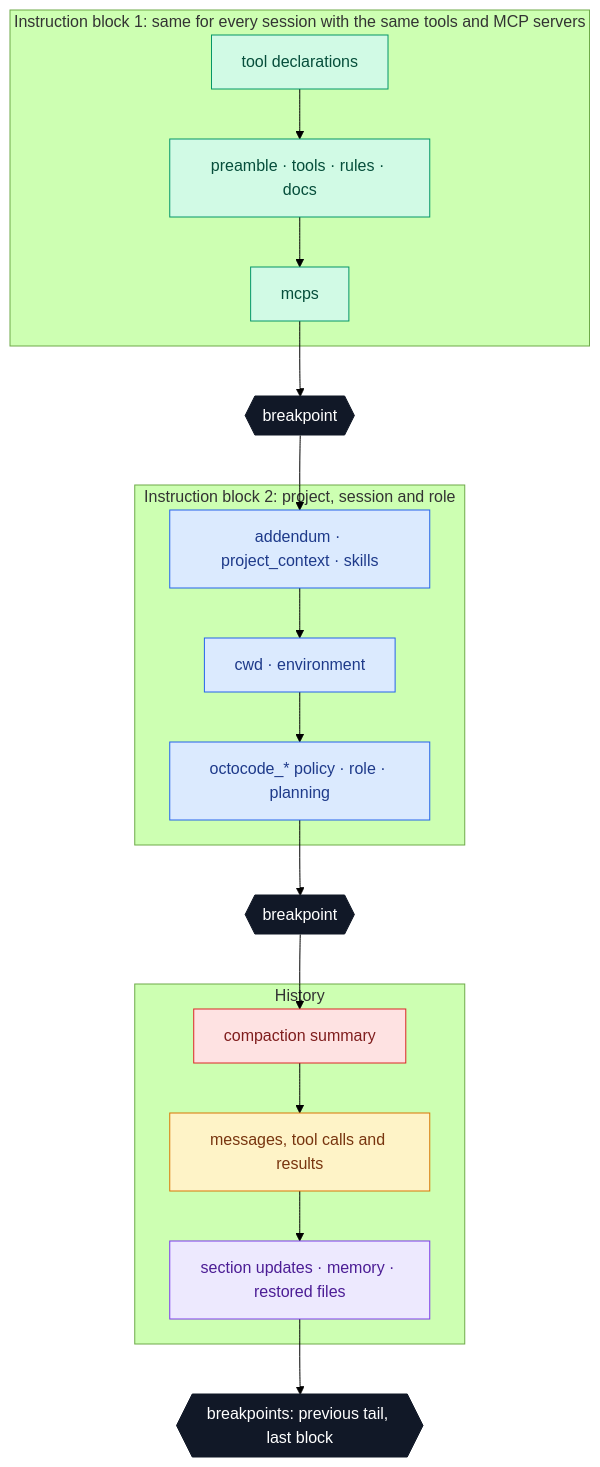
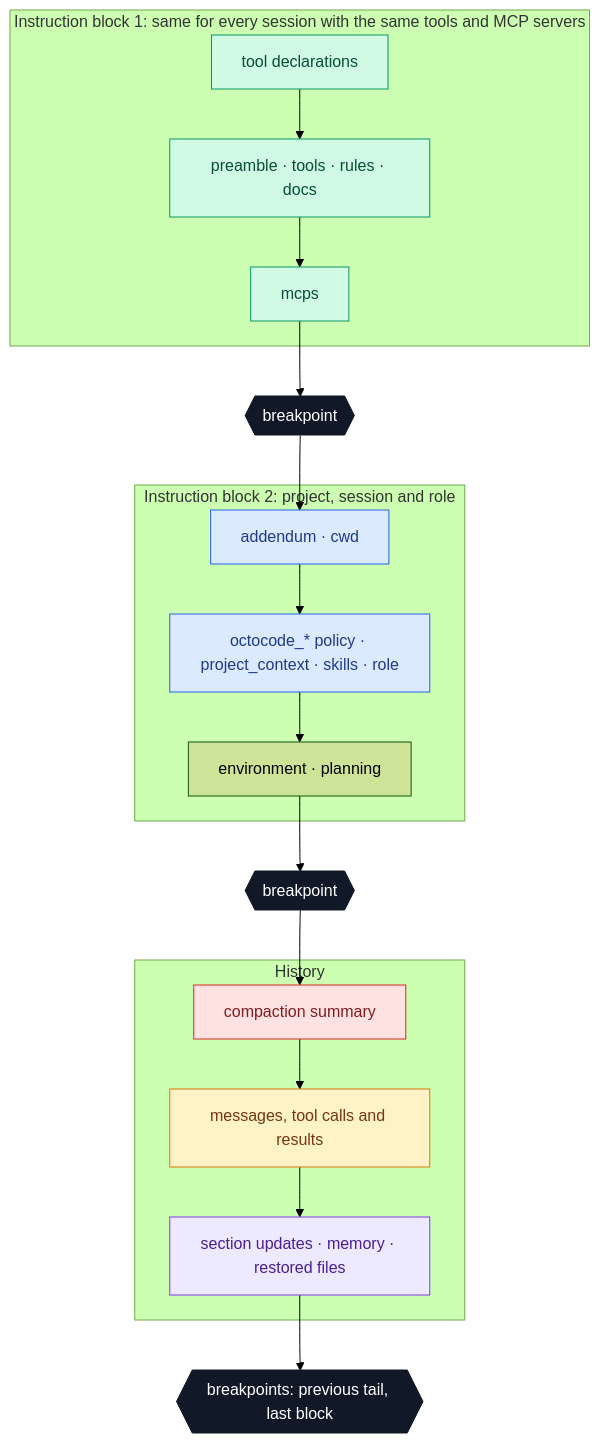
Before and after one commit to bgauryy/octocode-coding-agent: the first of 7 diagrams in docs/CONTEXT.md, drawn with Mermaid (forest theme). The commit also changed other lines of this file and 1261 other files, not shown here.

````diff
--- a/docs/CONTEXT.md
+++ b/docs/CONTEXT.md
@@ -11,28 +11,28 @@
 ```mermaid
 flowchart TB
     subgraph L1["Instruction block 1: same for every session with the same tools and MCP servers"]
         T["tool declarations"] --> P["preamble · tools · rules · docs"] --> M["mcps"]
     end
     subgraph L2["Instruction block 2: project, session and role"]
-        A["addendum · project_context · skills"] --> CW["cwd · environment"] --> POL["octocode_* policy · role · planning"]
+        A["addendum · cwd"] --> POL["octocode_* policy · project_context · skills · role"] --> EV["environment · planning"]
     end
     subgraph L3["History"]
         CS["compaction summary"] --> H["messages, tool calls and results"] --> U["section updates · memory · restored files"]
     end
     M --> BP1{{"breakpoint"}} --> A
-    POL --> BP2{{"breakpoint"}} --> CS
+    EV --> BP2{{"breakpoint"}} --> CS
     U --> BP3{{"breakpoints: previous tail, last block"}}
 
     classDef b1 fill:#d1fae5,stroke:#059669,color:#064e3b
     classDef b2 fill:#dbeafe,stroke:#2563eb,color:#1e3a8a
     classDef hist fill:#fef3c7,stroke:#d97706,color:#78350f
     classDef upd fill:#ede9fe,stroke:#7c3aed,color:#4c1d95
     classDef cut fill:#fee2e2,stroke:#dc2626,color:#7f1d1d
     classDef bp fill:#111827,stroke:#111827,color:#ffffff
     class T,P,M b1
     class A,CW,POL b2
     class H hist
     class U upd
     class CS cut
     class BP1,BP2,BP3 bp
 ```
````
